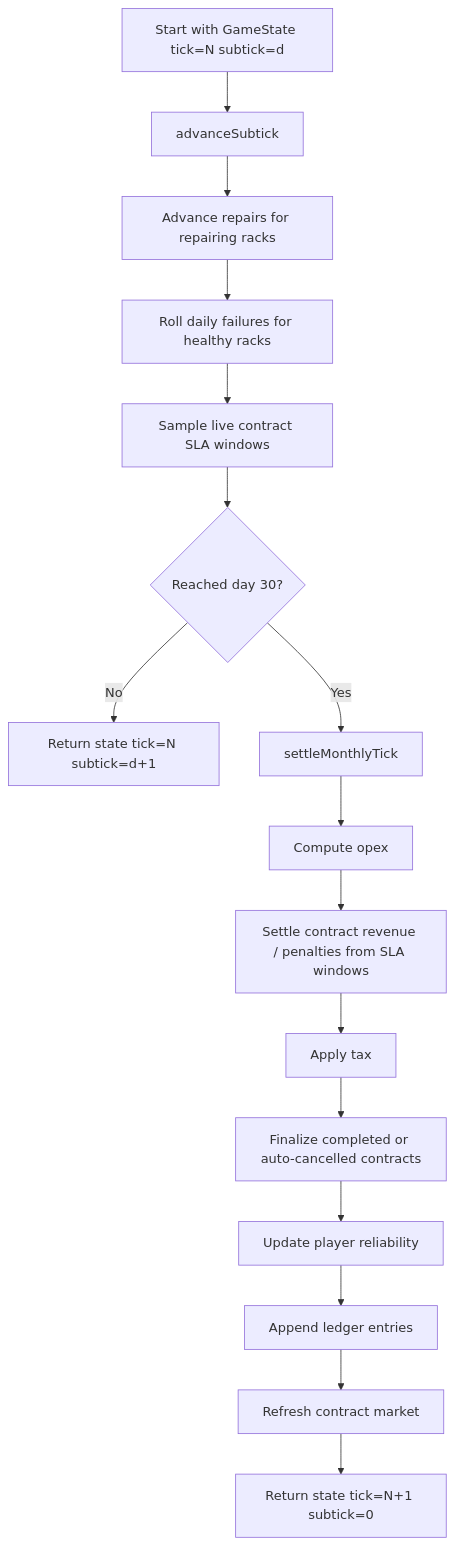
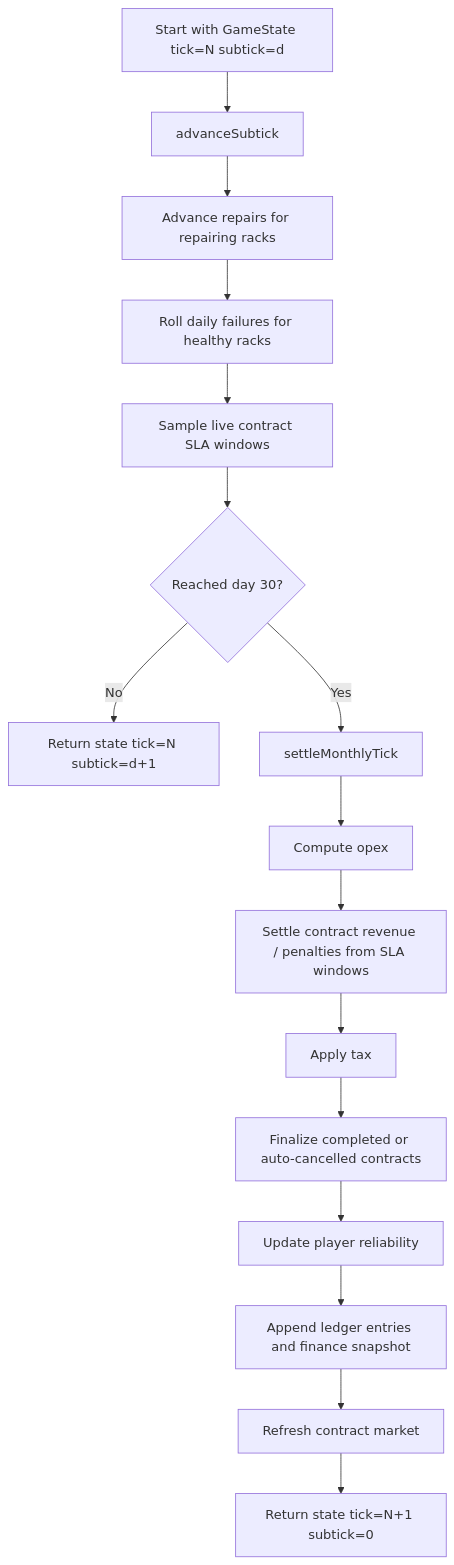
The diagram in packages/game-logic/docs/CORE_LOOP.md (championswimmer/datacenter-tycoon), drawn with Mermaid before and after one commit. The commit also changed other lines of this file and 4 other files, not shown here.

````diff
--- a/packages/game-logic/docs/CORE_LOOP.md
+++ b/packages/game-logic/docs/CORE_LOOP.md
@@ -31,18 +31,18 @@
 ```mermaid
 flowchart TD
     A[Start with GameState tick=N subtick=d] --> B[advanceSubtick]
     B --> C[Advance repairs for repairing racks]
     C --> D[Roll daily failures for healthy racks]
     D --> E[Sample live contract SLA windows]
     E --> F{Reached day 30?}
     F -->|No| G[Return state tick=N subtick=d+1]
     F -->|Yes| H[settleMonthlyTick]
     H --> I[Compute opex]
     I --> J[Settle contract revenue / penalties from SLA windows]
     J --> K[Apply tax]
     K --> L[Finalize completed or auto-cancelled contracts]
     L --> M[Update player reliability]
-    M --> N[Append ledger entries]
+    M --> N[Append ledger entries and finance snapshot]
     N --> O[Refresh contract market]
     O --> P[Return state tick=N+1 subtick=0]
 ```
````
